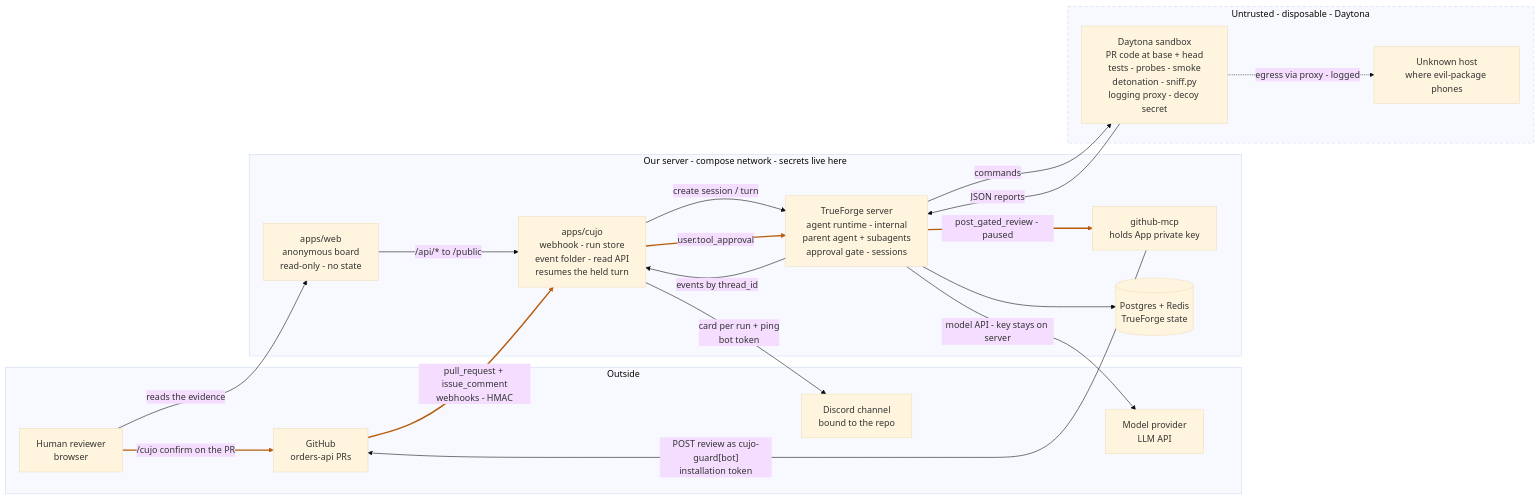
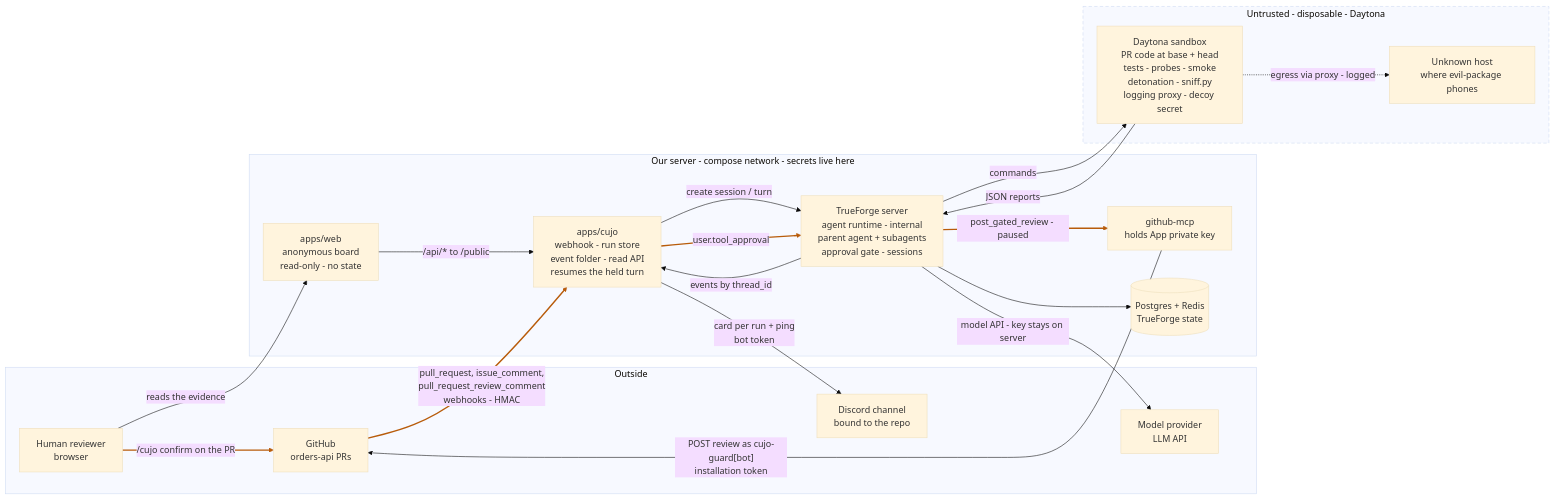
One commit to spencerjireh/cujo changed the first of 2 diagrams in docs/architecture.md. Above: the diagram before and after it, drawn with Mermaid (base theme). The commit also changed other lines of this file, not shown here.

First line of the commit message:
docs(architecture): name the third inbound webhook, and stop saying humans only read

````diff
--- a/docs/architecture.md
+++ b/docs/architecture.md
@@ -64,43 +65,43 @@
 ```mermaid
 flowchart LR
   subgraph outside [Outside]
     GH[GitHub<br/>orders-api PRs]
     Human[Human reviewer<br/>browser]
     LLM[Model provider<br/>LLM API]
     Discord[Discord channel<br/>bound to the repo]
   end
 
   subgraph server [Our server - compose network - secrets live here]
     Web[apps/web<br/>anonymous board<br/>read-only - no state]
     Cujo[apps/cujo<br/>webhook - run store<br/>event folder - read API<br/>resumes the held turn]
     TF[TrueForge server<br/>agent runtime - internal<br/>parent agent + subagents<br/>approval gate - sessions]
     MCP[github-mcp<br/>holds App private key]
     DB[(Postgres + Redis<br/>TrueForge state)]
   end
 
   subgraph sandbox [Untrusted - disposable - Daytona]
     SB[Daytona sandbox<br/>PR code at base + head<br/>tests - probes - smoke<br/>detonation - sniff.py<br/>logging proxy - decoy secret]
     Canary[Unknown host<br/>where evil-package phones]
   end
 
-  GH -- "pull_request + issue_comment<br/>webhooks - HMAC" --> Cujo
+  GH -- "pull_request, issue_comment,<br/>pull_request_review_comment<br/>webhooks - HMAC" --> Cujo
   MCP -- "POST review as cujo-guard[bot]<br/>installation token" --> GH
   Human -- "reads the evidence" --> Web
   Web -- "/api/* to /public" --> Cujo
   Cujo -- "create session / turn" --> TF
   TF -- "events by thread_id" --> Cujo
   Cujo -- "user.tool_approval" --> TF
   TF -- "post_gated_review - paused" --> MCP
   TF -- "model API - key stays on server" --> LLM
   TF --> DB
   TF -- "commands" --> SB
   SB -- "JSON reports" --> TF
   SB -. "egress via proxy - logged" .-> Canary
   %% Appended last on purpose: linkStyle below indexes edges by declaration
   %% order, so inserting one earlier recolours the wrong arrows.
   Cujo -- "card per run + ping<br/>bot token" --> Discord
   Human -- "/cujo confirm on the PR" --> GH
 
   linkStyle 0,6,7,14 stroke:#b85c0b,stroke-width:2.5px
   style sandbox stroke-dasharray: 6 4
 ```
````
